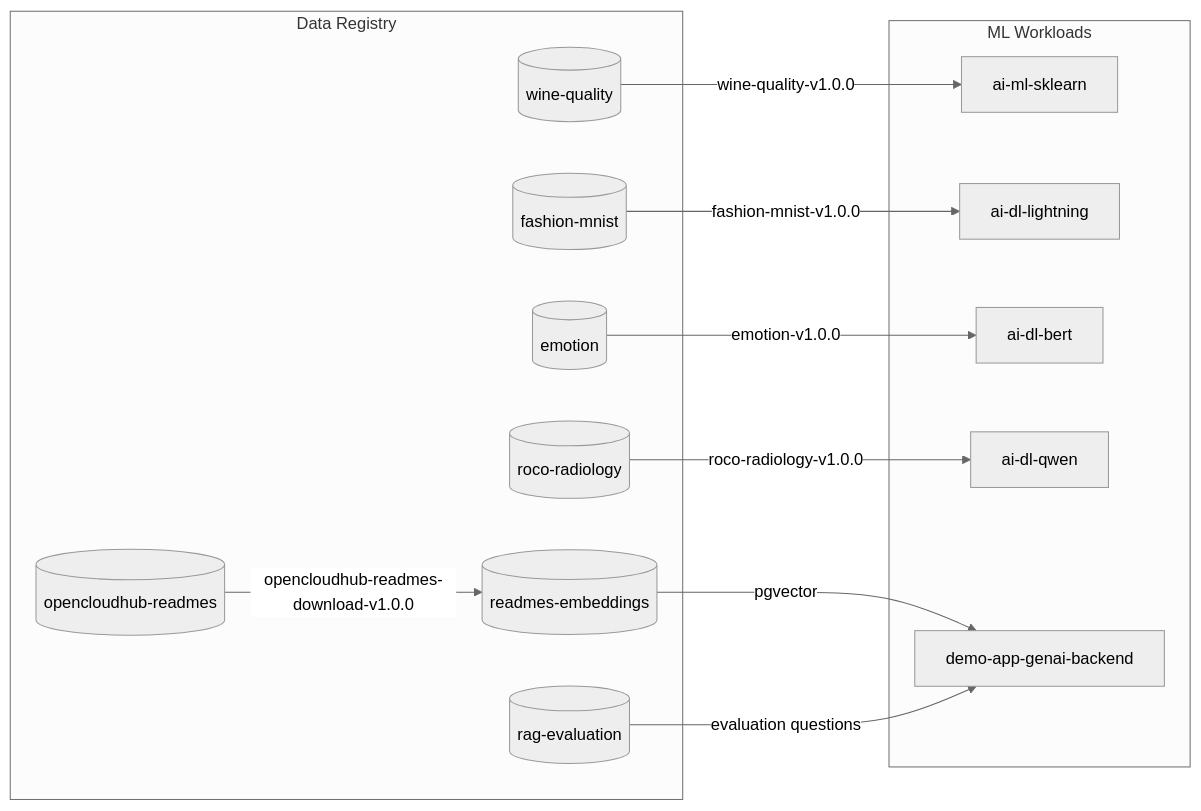
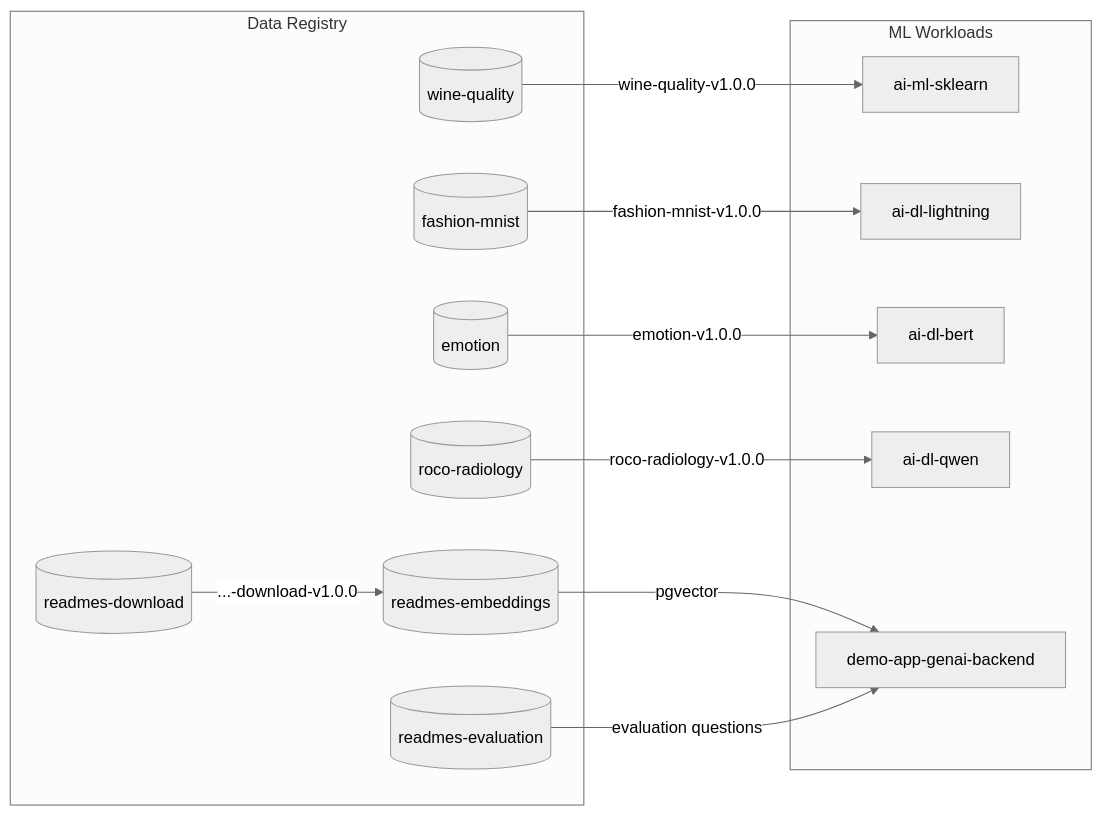
One commit to OpenCloudHub/data-registry changed the first of 7 diagrams in README.md. Above: the diagram before and after it, drawn with Mermaid (neutral theme). The commit also changed other lines of this file and 9 other files, not shown here.

````diff
--- a/README.md
+++ b/README.md
@@ -139,28 +139,28 @@
 ```mermaid
 flowchart LR
     subgraph registry["Data Registry"]
         WINE[(wine-quality)]
         FMNIST[(fashion-mnist)]
         EMOTION[(emotion)]
         ROCO[(roco-radiology)]
-        READMES[(opencloudhub-readmes)]
-        RAGEVAL[(rag-evaluation)]
+        READMES[(readmes-download)]
+        RAGEVAL[(readmes-evaluation)]
         EMBED[(readmes-embeddings)]
     end
 
     subgraph training["ML Workloads"]
         SKLEARN[ai-ml-sklearn]
         LIGHTNING[ai-dl-lightning]
         BERT[ai-dl-bert]
         QWEN[ai-dl-qwen]
         RAG[demo-app-genai-backend]
     end
 
     WINE -->|"wine-quality-v1.0.0"| SKLEARN
     FMNIST -->|"fashion-mnist-v1.0.0"| LIGHTNING
     EMOTION -->|"emotion-v1.0.0"| BERT
     ROCO -->|"roco-radiology-v1.0.0"| QWEN
-    READMES -->|"opencloudhub-readmes-download-v1.0.0"| EMBED
+    READMES -->|"...-download-v1.0.0"| EMBED
     EMBED -->|"pgvector"| RAG
     RAGEVAL -->|"evaluation questions"| RAG
 ```
````
